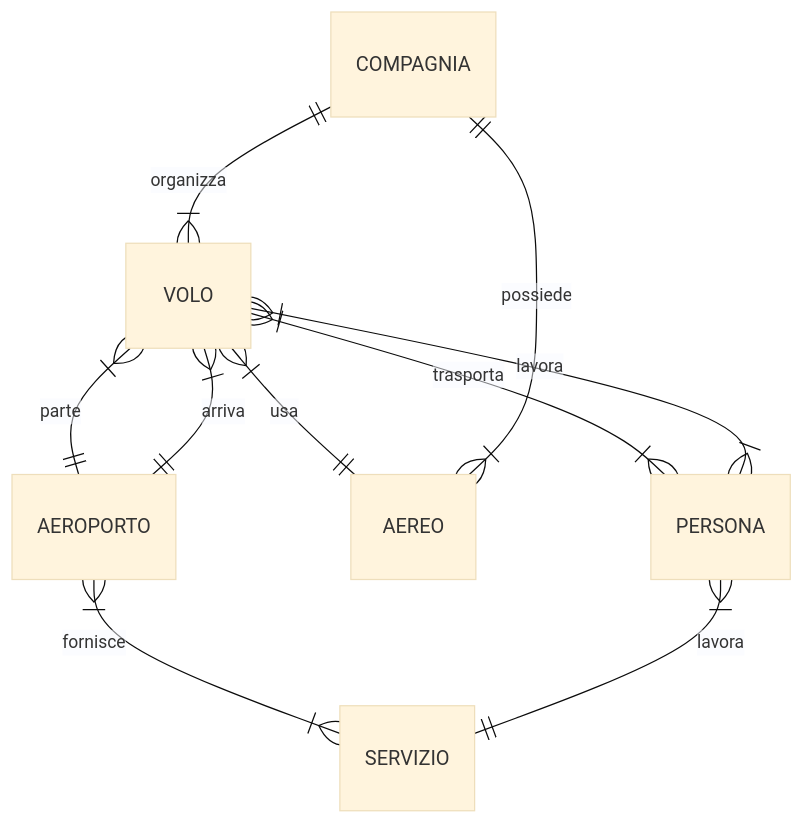
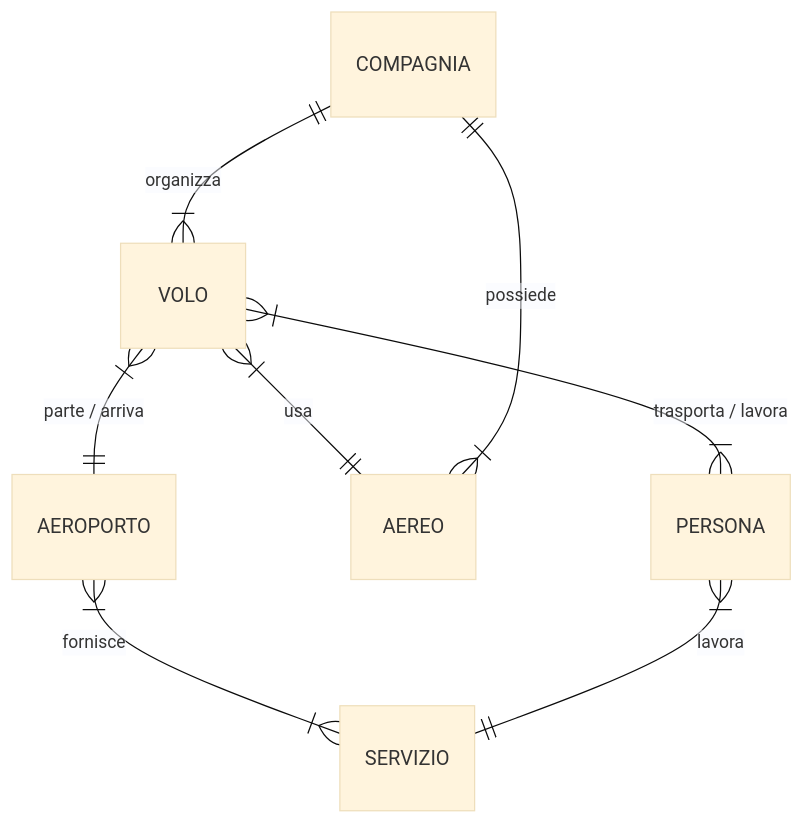
One commit to Diebbo/aereodb changed the first of 6 diagrams in RELAZIONE.md. Above: the diagram before and after it, drawn with Mermaid (base theme).

````diff
--- a/RELAZIONE.md
+++ b/RELAZIONE.md
@@ -194,12 +194,10 @@
 ```mermaid
 erDiagram
     AEROPORTO }|--|{ SERVIZIO: "fornisce"
-    VOLO }|--|| AEROPORTO: "parte"
-    VOLO }|--|| AEROPORTO: "arriva"
+    VOLO }|--|| AEROPORTO: "parte / arriva"
     VOLO }|--|| AEREO: "usa"
-    VOLO }|--|{ PERSONA: "trasporta"
+    VOLO }|--|{ PERSONA: "trasporta / lavora"
     COMPAGNIA ||--|{ VOLO: "organizza"
-    COMPAGNIA ||--|{ AEREO: "possiede" 
-    PERSONA }|--|{ VOLO: "lavora"
+    COMPAGNIA ||--|{ AEREO: "possiede"
     PERSONA }|--|| SERVIZIO: "lavora"
 ```
````
